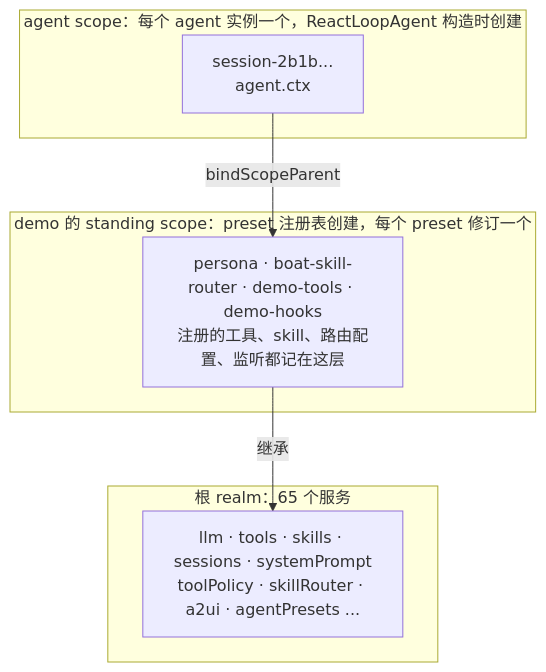
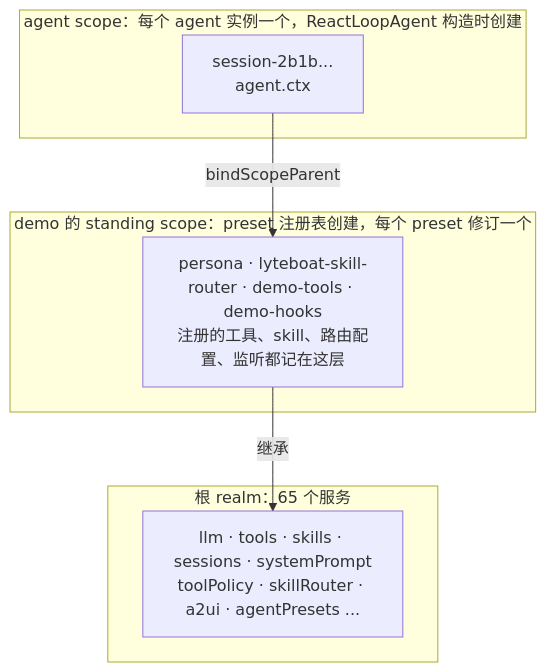
One commit to lyteboat/boat changed the sixth of 11 diagrams in docs/01-architecture.md. Above: the diagram before and after it, drawn with Mermaid. The commit also changed other lines of this file and 316 other files, not shown here.

````diff
--- a/docs/01-architecture.md
+++ b/docs/01-architecture.md
@@ -344,14 +344,14 @@
 ```mermaid
 flowchart TB
   subgraph ROOT["根 realm：65 个服务"]
     rsvc["llm · tools · skills · sessions · systemPrompt<br/>toolPolicy · skillRouter · a2ui · agentPresets ..."]
   end
   subgraph STAND["demo 的 standing scope：preset 注册表创建，每个 preset 修订一个"]
-    rows["persona · boat-skill-router · demo-tools · demo-hooks<br/>注册的工具、skill、路由配置、监听都记在这层"]
+    rows["persona · lyteboat-skill-router · demo-tools · demo-hooks<br/>注册的工具、skill、路由配置、监听都记在这层"]
   end
   subgraph AGS["agent scope：每个 agent 实例一个，ReactLoopAgent 构造时创建"]
     inst["session-2b1b...<br/>agent.ctx"]
   end
   inst -->|"bindScopeParent"| rows
   rows -->|"继承"| rsvc
 ```
````
